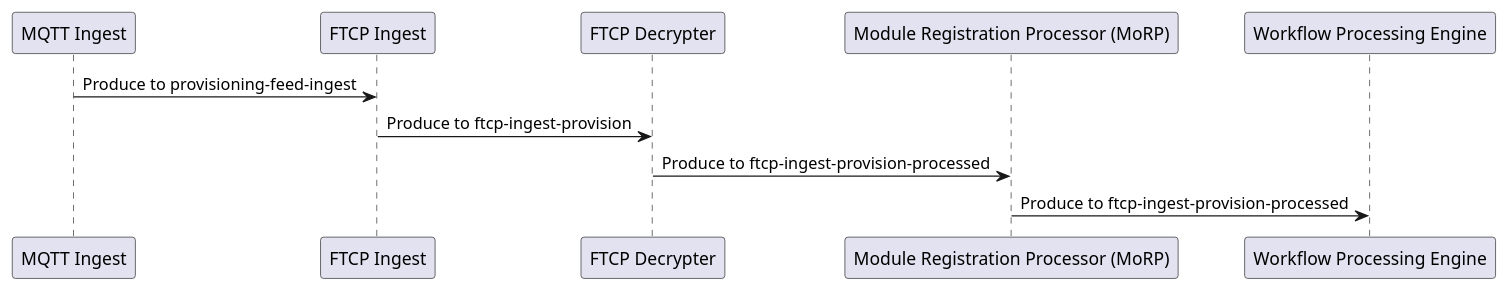
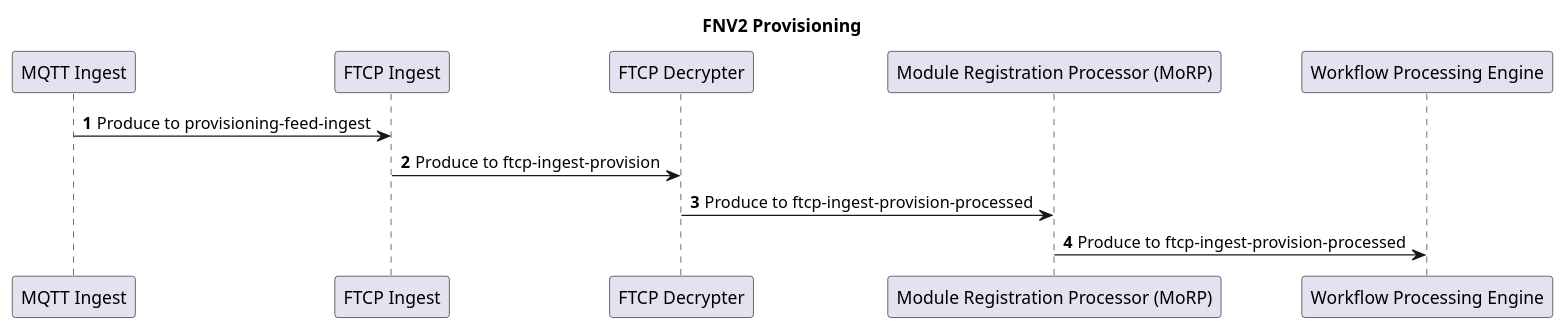
The diagram in fnv2-provisioning.puml (markprotas-autonomic/fnv2-provisioning-puml), drawn with PlantUML before and after one commit.

Commit message:
Added auto numbering and a title to the sequence diagram

```diff
--- a/fnv2-provisioning.puml
+++ b/fnv2-provisioning.puml
@@ -1,6 +1,10 @@
 @startuml
+autonumber
+
+title FNV2 Provisioning
+
 "MQTT Ingest" -> "FTCP Ingest": Produce to provisioning-feed-ingest
 "FTCP Ingest" -> "FTCP Decrypter": Produce to ftcp-ingest-provision
 "FTCP Decrypter" -> "Module Registration Processor (MoRP)": Produce to ftcp-ingest-provision-processed
 "Module Registration Processor (MoRP)" -> "Workflow Processing Engine": Produce to ftcp-ingest-provision-processed
 @enduml
```
